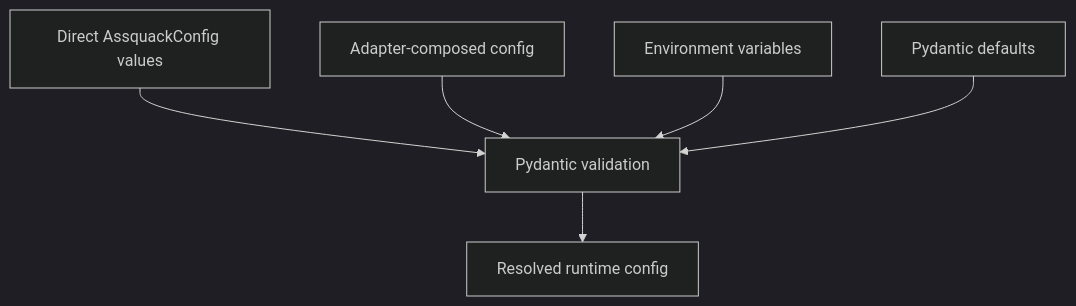
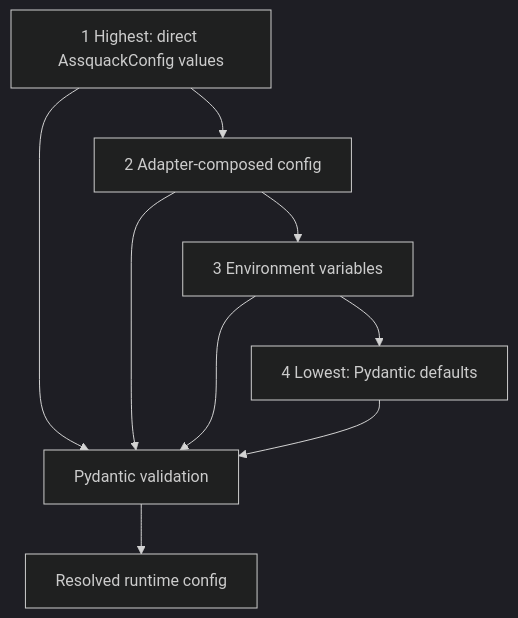
The diagram in docs/configuration.md (RFARQ3/assquack), drawn with Mermaid (dark theme) before and after one commit. The commit also changed 25 other files, not shown here.

Commit message:
docs(assquack): define MVP architecture and agent workflows

````diff
--- a/docs/configuration.md
+++ b/docs/configuration.md
@@ -40,8 +40,11 @@
 ```mermaid
 flowchart TD
-  Direct[Direct AssquackConfig values] --> Model[Pydantic validation]
-  Adapter[Adapter-composed config] --> Model
-  Env[Environment variables] --> Model
-  Defaults[Pydantic defaults] --> Model
+  Direct[1 Highest: direct AssquackConfig values] --> Adapter[2 Adapter-composed config]
+  Adapter --> Env[3 Environment variables]
+  Env --> Defaults[4 Lowest: Pydantic defaults]
+  Direct --> Model[Pydantic validation]
+  Adapter --> Model
+  Env --> Model
+  Defaults --> Model
   Model --> Runtime[Resolved runtime config]
 ```
````
